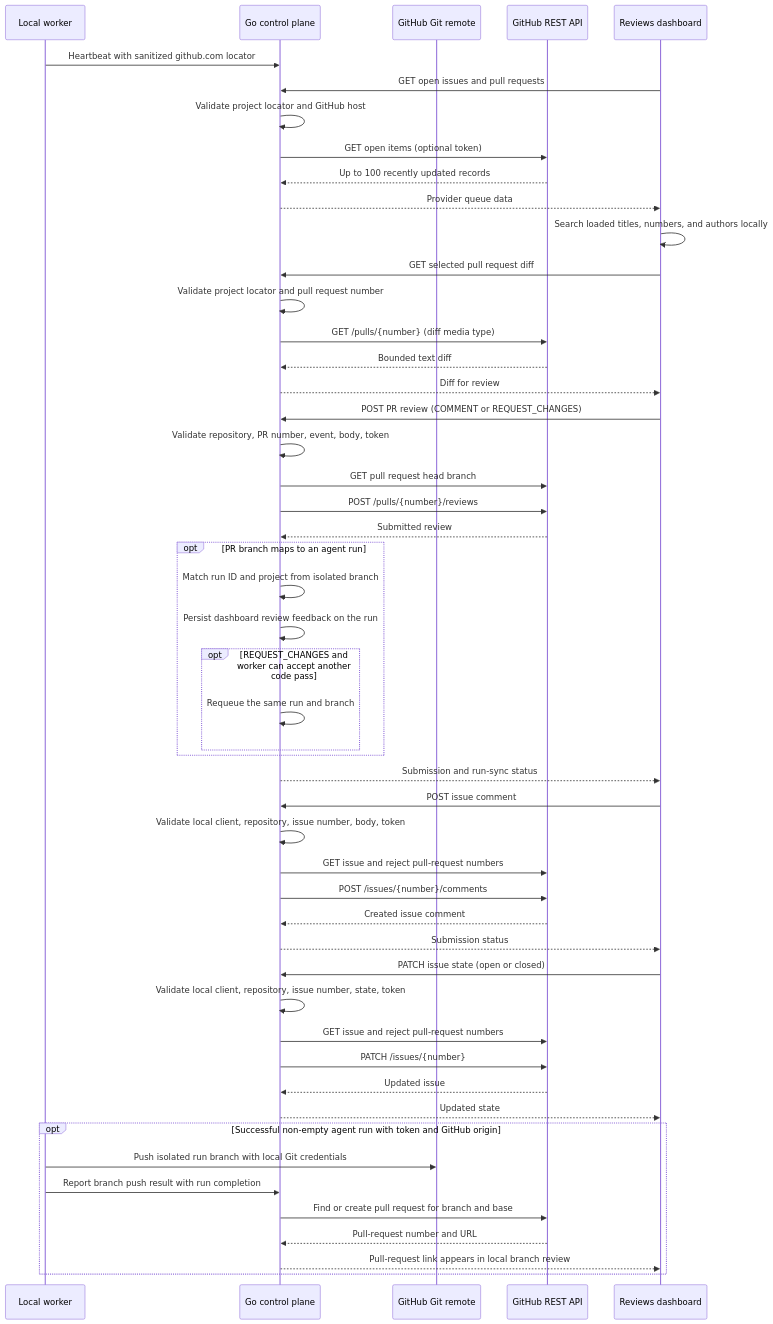
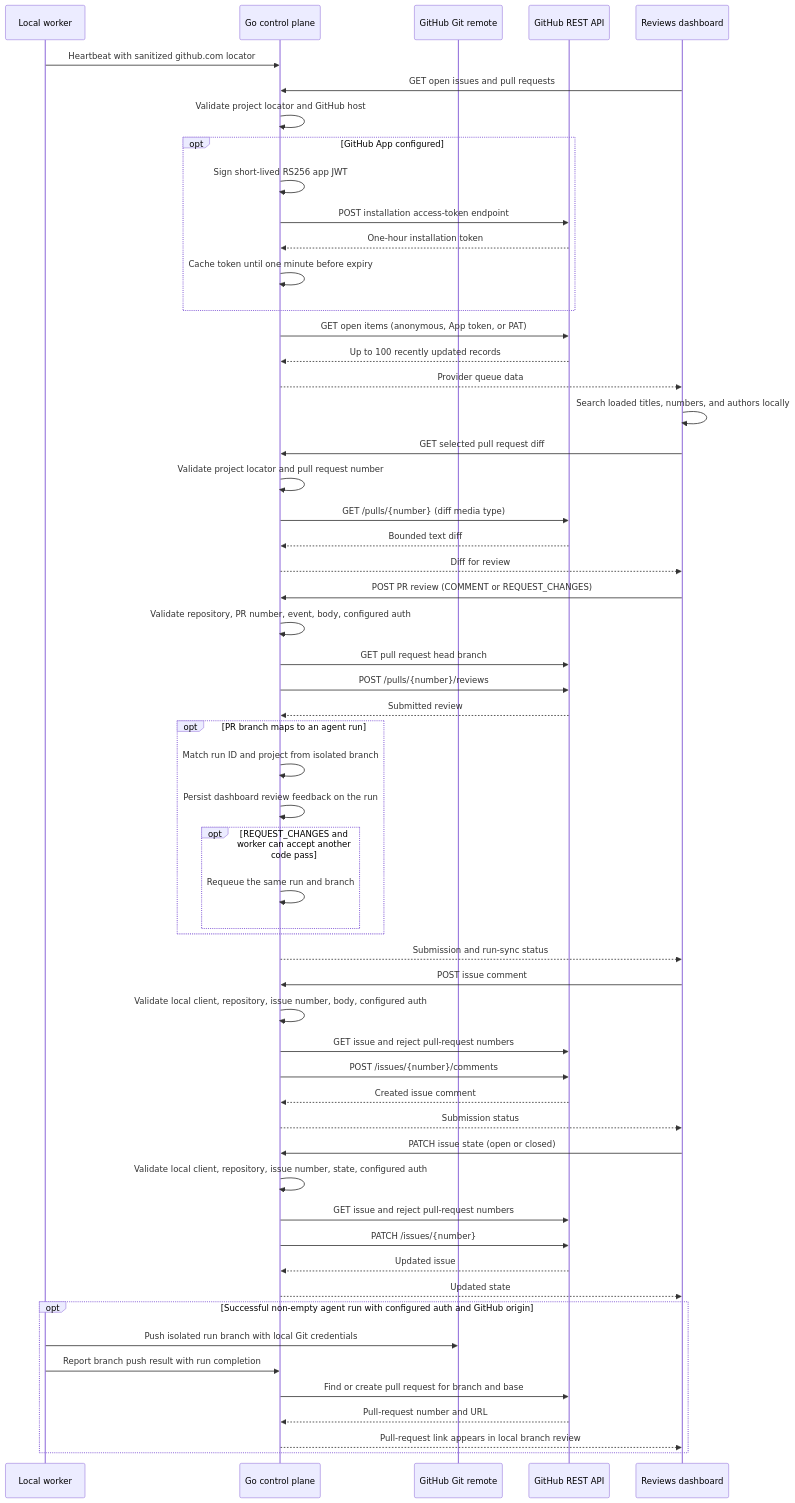
Before and after one commit to bogdaniel/zenchron-engineering-os: the diagram in docs/features/github-review-sync.md, drawn with Mermaid. The commit also changed other lines of this file and 103 other files, not shown here.

````diff
--- a/docs/features/github-review-sync.md
+++ b/docs/features/github-review-sync.md
@@ -13,52 +14,58 @@
 ```mermaid
 sequenceDiagram
     participant Worker as Local worker
     participant API as Go control plane
     participant Remote as GitHub Git remote
     participant GH as GitHub REST API
     participant UI as Reviews dashboard
     Worker->>API: Heartbeat with sanitized github.com locator
     UI->>API: GET open issues and pull requests
     API->>API: Validate project locator and GitHub host
-    API->>GH: GET open items (optional token)
+    opt GitHub App configured
+        API->>API: Sign short-lived RS256 app JWT
+        API->>GH: POST installation access-token endpoint
+        GH-->>API: One-hour installation token
+        API->>API: Cache token until one minute before expiry
+    end
+    API->>GH: GET open items (anonymous, App token, or PAT)
     GH-->>API: Up to 100 recently updated records
     API-->>UI: Provider queue data
     UI->>UI: Search loaded titles, numbers, and authors locally
     UI->>API: GET selected pull request diff
     API->>API: Validate project locator and pull request number
     API->>GH: GET /pulls/{number} (diff media type)
     GH-->>API: Bounded text diff
     API-->>UI: Diff for review
     UI->>API: POST PR review (COMMENT or REQUEST_CHANGES)
-    API->>API: Validate repository, PR number, event, body, token
+    API->>API: Validate repository, PR number, event, body, configured auth
     API->>GH: GET pull request head branch
     API->>GH: POST /pulls/{number}/reviews
     GH-->>API: Submitted review
     opt PR branch maps to an agent run
         API->>API: Match run ID and project from isolated branch
         API->>API: Persist dashboard review feedback on the run
         opt REQUEST_CHANGES and worker can accept another code pass
             API->>API: Requeue the same run and branch
         end
     end
     API-->>UI: Submission and run-sync status
     UI->>API: POST issue comment
-    API->>API: Validate local client, repository, issue number, body, token
+    API->>API: Validate local client, repository, issue number, body, configured auth
     API->>GH: GET issue and reject pull-request numbers
     API->>GH: POST /issues/{number}/comments
     GH-->>API: Created issue comment
     API-->>UI: Submission status
     UI->>API: PATCH issue state (open or closed)
-    API->>API: Validate local client, repository, issue number, state, token
+    API->>API: Validate local client, repository, issue number, state, configured auth
     API->>GH: GET issue and reject pull-request numbers
     API->>GH: PATCH /issues/{number}
     GH-->>API: Updated issue
     API-->>UI: Updated state
-    opt Successful non-empty agent run with token and GitHub origin
+    opt Successful non-empty agent run with configured auth and GitHub origin
         Worker->>Remote: Push isolated run branch with local Git credentials
         Worker->>API: Report branch push result with run completion
         API->>GH: Find or create pull request for branch and base
         GH-->>API: Pull-request number and URL
         API-->>UI: Pull-request link appears in local branch review
     end
 ```
````
